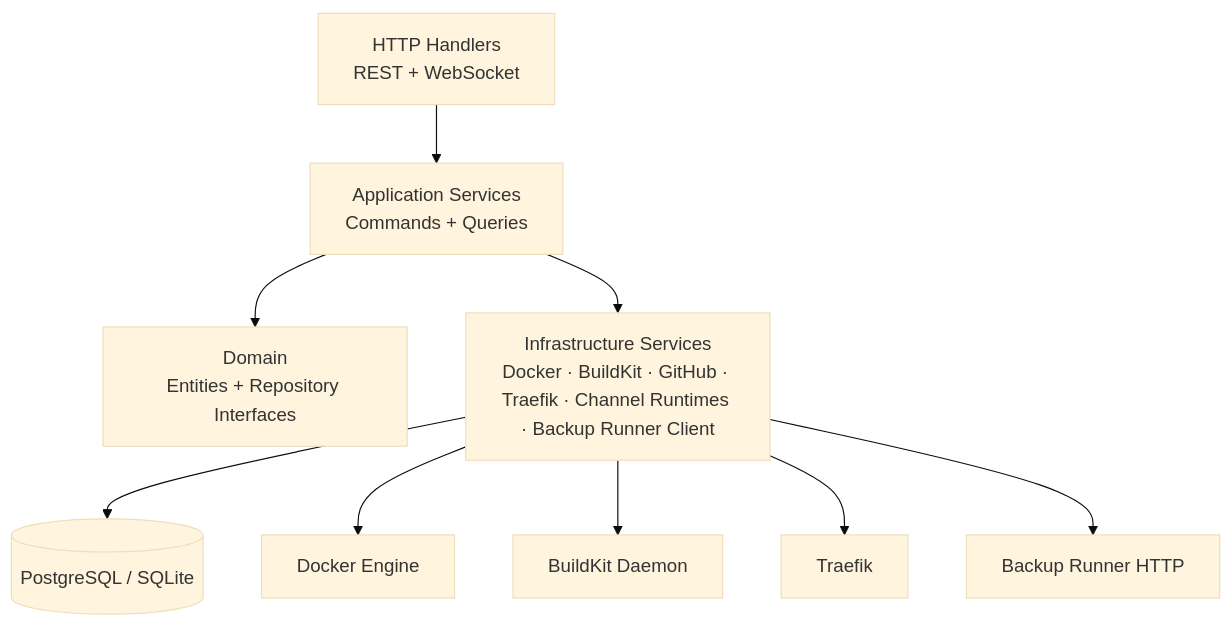
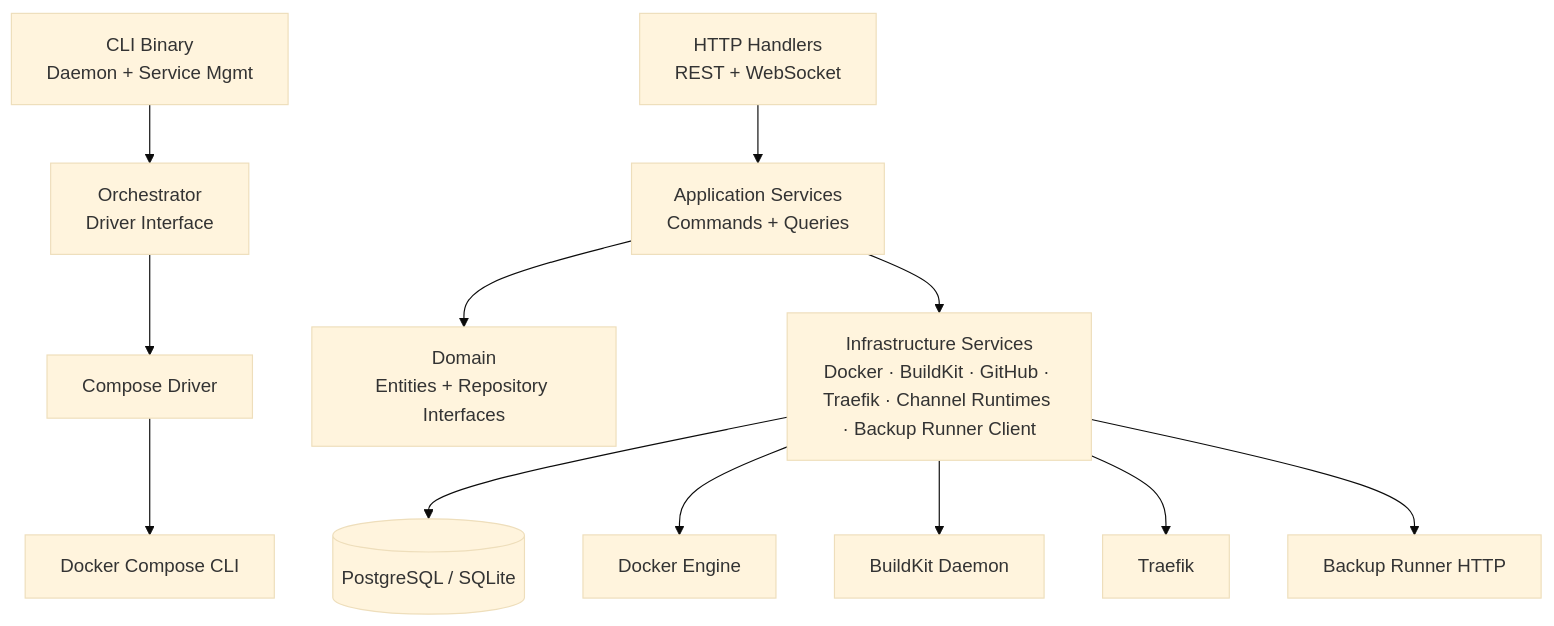
The second of 2 diagrams in docs/architecture.md (OpenViCloud/tango), drawn with Mermaid (base theme) before and after one commit. The commit also changed other lines of this file and 35 other files, not shown here.

````diff
--- a/docs/architecture.md
+++ b/docs/architecture.md
@@ -25,12 +25,17 @@
 ```mermaid
 graph TD
+    CLI[CLI Binary\nDaemon + Service Mgmt]
+    CLI --> ORC[Orchestrator\nDriver Interface]
+    ORC --> CD[Compose Driver]
+    CD --> DC[Docker Compose CLI]
+
     H[HTTP Handlers\nREST + WebSocket]
     H --> AS[Application Services\nCommands + Queries]
     AS --> DS[Domain\nEntities + Repository Interfaces]
     AS --> IS[Infrastructure Services\nDocker · BuildKit · GitHub · Traefik · Channel Runtimes · Backup Runner Client]
     IS --> DB[(PostgreSQL / SQLite)]
     IS --> DK[Docker Engine]
     IS --> BK[BuildKit Daemon]
     IS --> TF[Traefik]
     IS --> BR[Backup Runner HTTP]
 ```
````
